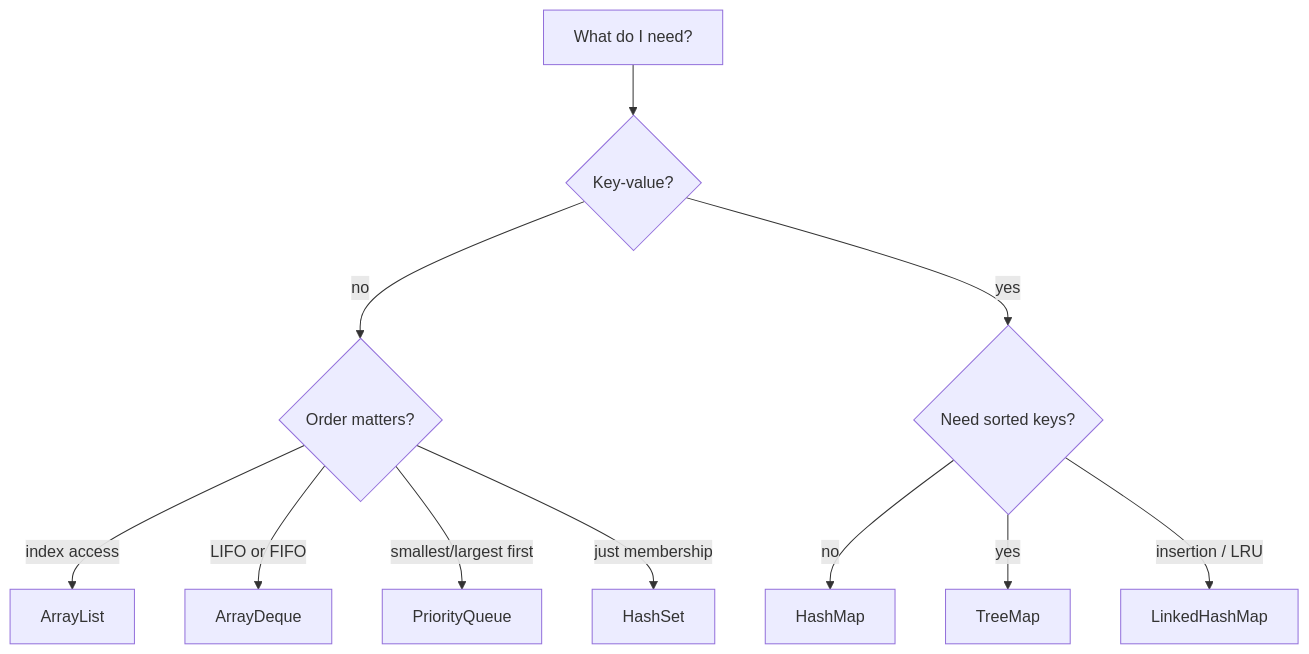
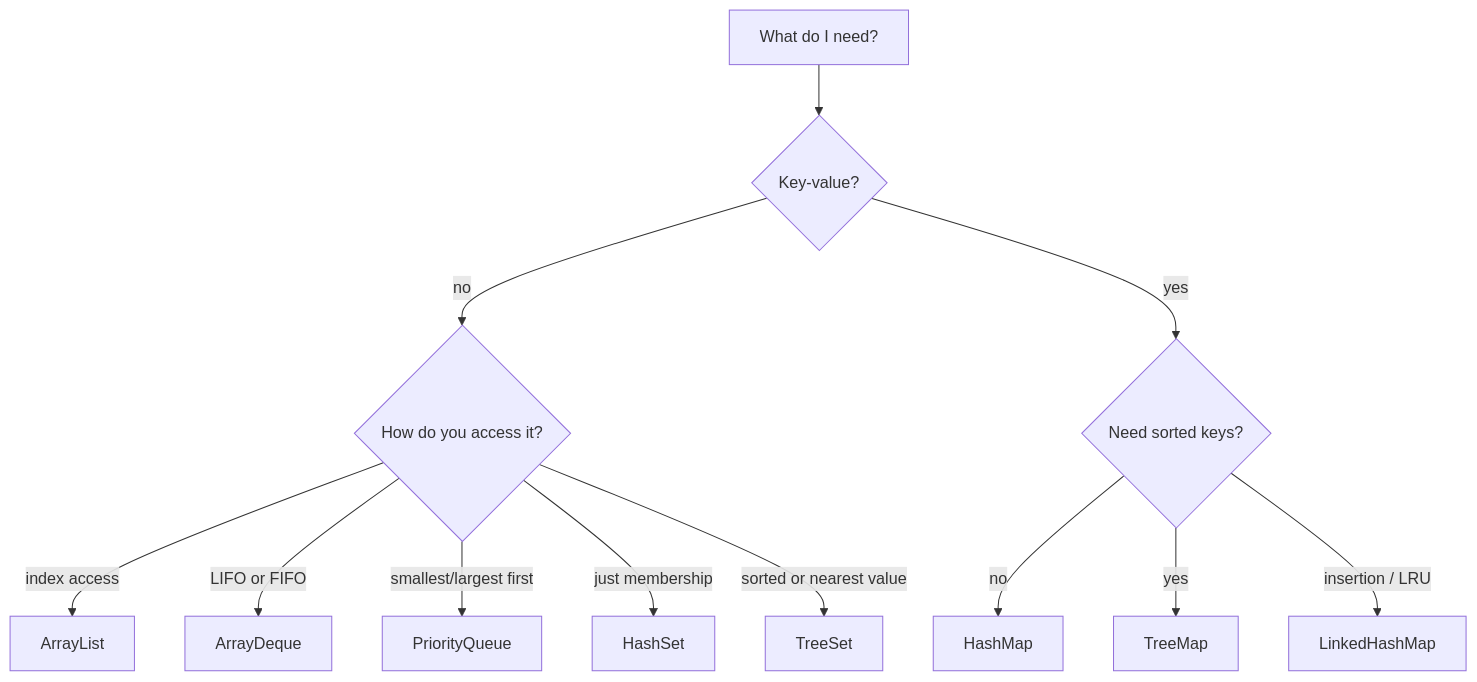
The first of 2 diagrams in content/38_java_refresher.md (Hmago/ml4), drawn with Mermaid before and after one commit. The commit also changed other lines of this file and 200 other files, not shown here.

````diff
--- a/content/38_java_refresher.md
+++ b/content/38_java_refresher.md
@@ -699,13 +1109,14 @@
 ```mermaid
 flowchart TD
     A["What do I need?"] --> B{"Key-value?"}
-    B -->|no| C{"Order matters?"}
+    B -->|no| C{"How do you access it?"}
     B -->|yes| D{"Need sorted keys?"}
     C -->|"index access"| E["ArrayList"]
     C -->|"LIFO or FIFO"| F["ArrayDeque"]
     C -->|"smallest/largest first"| G["PriorityQueue"]
     C -->|"just membership"| H["HashSet"]
+    C -->|"sorted or nearest value"| L["TreeSet"]
     D -->|no| I["HashMap"]
     D -->|yes| J["TreeMap"]
     D -->|"insertion / LRU"| K["LinkedHashMap"]
 ```
````
